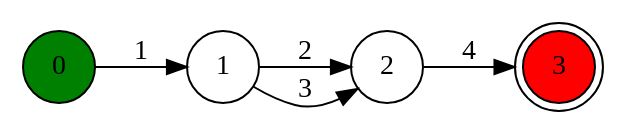
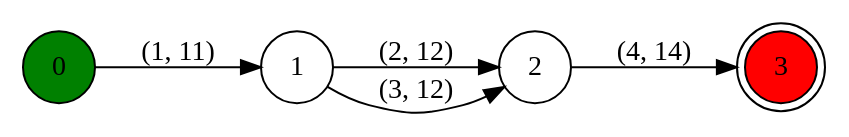
Before and after one commit to YaccConstructor/QuickGraph: the diagram in FST/FSA.Tests/DOTfsa/simple_test_graph.dot, drawn with Graphviz. The commit also changed 2 other files, not shown here.

```diff
--- a/FST/FSA.Tests/DOTfsa/simple_test_graph.dot
+++ b/FST/FSA.Tests/DOTfsa/simple_test_graph.dot
@@ -1,15 +1,15 @@
 digraph G {
 rankdir = LR
 node [shape = circle]
 0[style=filled, fillcolor=green]
 3[shape = doublecircle, style=filled, fillcolor=red]
 { rank=same; 0 }
 { rank=min; 0 }
 { rank=same; 3 }
 { rank=max; 3 }
-0 -> 1 [label="1"]; 
-1 -> 2 [label="2"]; 
-1 -> 2 [label="3"]; 
-2 -> 3 [label="4"]; 
+0 -> 1 [label="(1, 11)"]; 
+1 -> 2 [label="(2, 12)"]; 
+1 -> 2 [label="(3, 12)"]; 
+2 -> 3 [label="(4, 14)"]; 
 
 }
```
